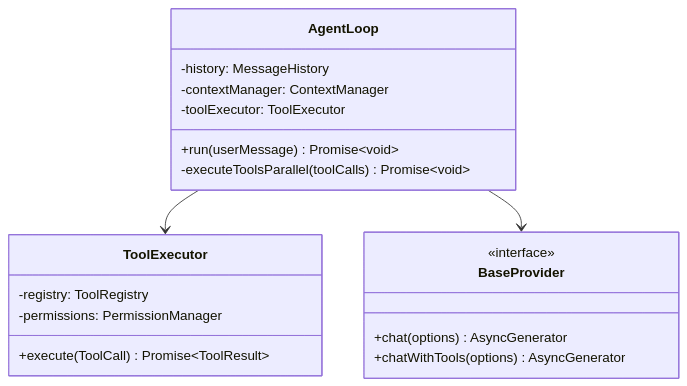
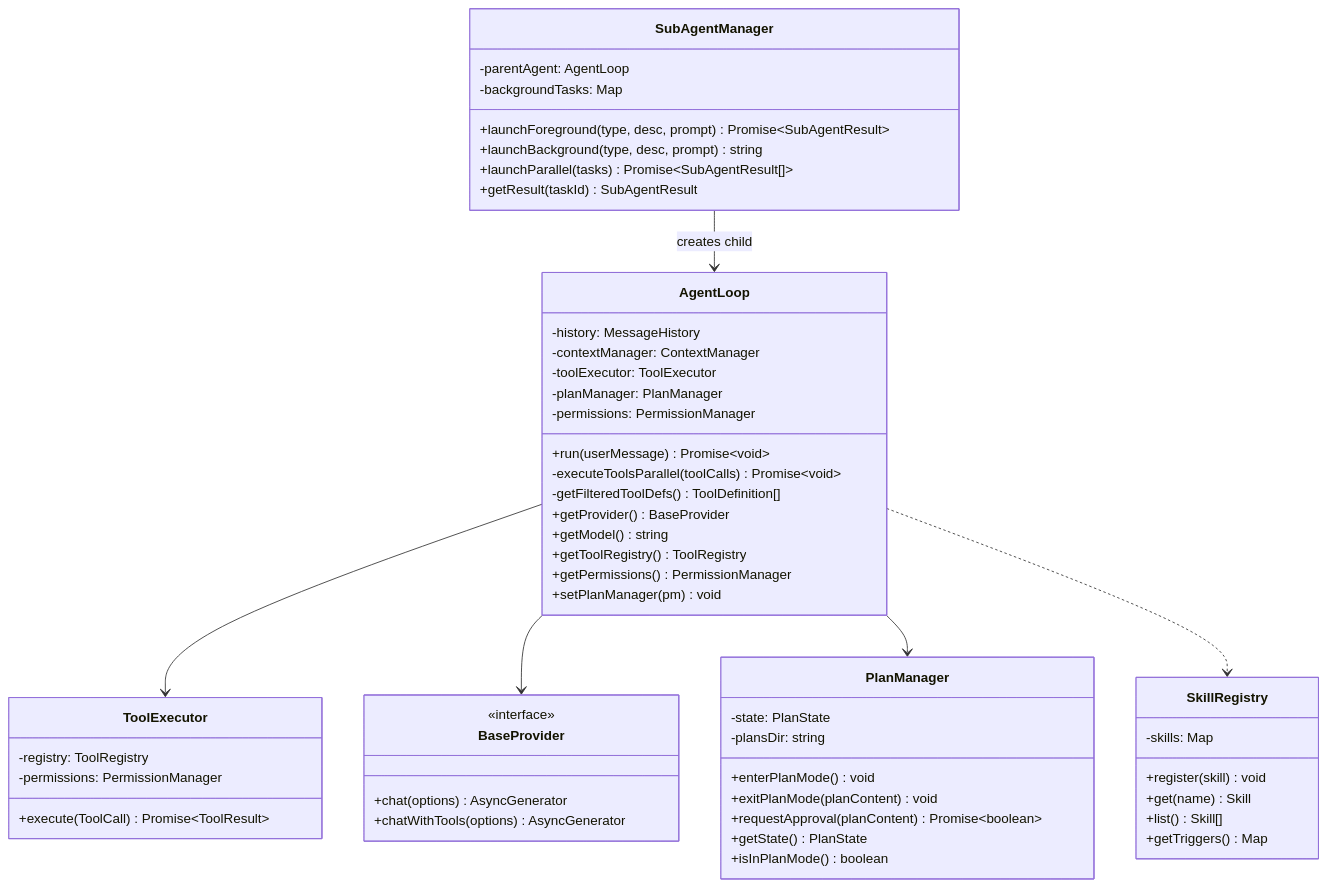
Before and after one commit to t2k2pp/lllmAgents: the sixth of 6 diagrams in docs/internal_design.md, drawn with Mermaid. The commit also changed other lines of this file and 3 other files, not shown here.

````diff
--- a/docs/internal_design.md
+++ b/docs/internal_design.md
@@ -215,25 +223,63 @@
 ```mermaid
 classDiagram
     class AgentLoop {
         -history: MessageHistory
         -contextManager: ContextManager
         -toolExecutor: ToolExecutor
+        -planManager: PlanManager
+        -permissions: PermissionManager
         +run(userMessage) Promise~void~
         -executeToolsParallel(toolCalls) Promise~void~
+        -getFilteredToolDefs() ToolDefinition[]
+        +getProvider() BaseProvider
+        +getModel() string
+        +getToolRegistry() ToolRegistry
+        +getPermissions() PermissionManager
+        +setPlanManager(pm) void
     }
-    
+
     class ToolExecutor {
         -registry: ToolRegistry
         -permissions: PermissionManager
         +execute(ToolCall) Promise~ToolResult~
+    }
+
+    class SubAgentManager {
+        -parentAgent: AgentLoop
+        -backgroundTasks: Map
+        +launchForeground(type, desc, prompt) Promise~SubAgentResult~
+        +launchBackground(type, desc, prompt) string
+        +launchParallel(tasks) Promise~SubAgentResult[]~
+        +getResult(taskId) SubAgentResult
+    }
+
+    class PlanManager {
+        -state: PlanState
+        -plansDir: string
+        +enterPlanMode() void
+        +exitPlanMode(planContent) void
+        +requestApproval(planContent) Promise~boolean~
+        +getState() PlanState
+        +isInPlanMode() boolean
+    }
+
+    class SkillRegistry {
+        -skills: Map
+        +register(skill) void
+        +get(name) Skill
+        +list() Skill[]
+        +getTriggers() Map
     }
 
     class BaseProvider {
         <<interface>>
         +chat(options) AsyncGenerator
         +chatWithTools(options) AsyncGenerator
     }
 
     AgentLoop --> ToolExecutor
     AgentLoop --> BaseProvider
+    AgentLoop --> PlanManager
+    SubAgentManager --> AgentLoop : creates child
+    AgentLoop ..> SkillRegistry
 ```
````
